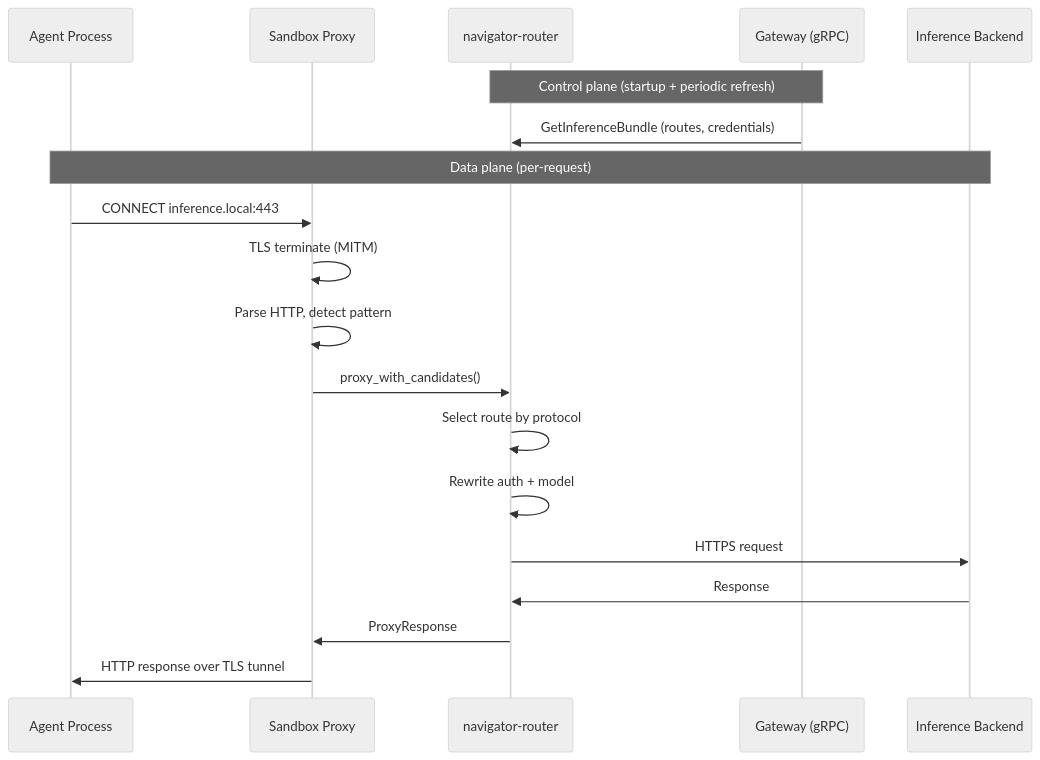
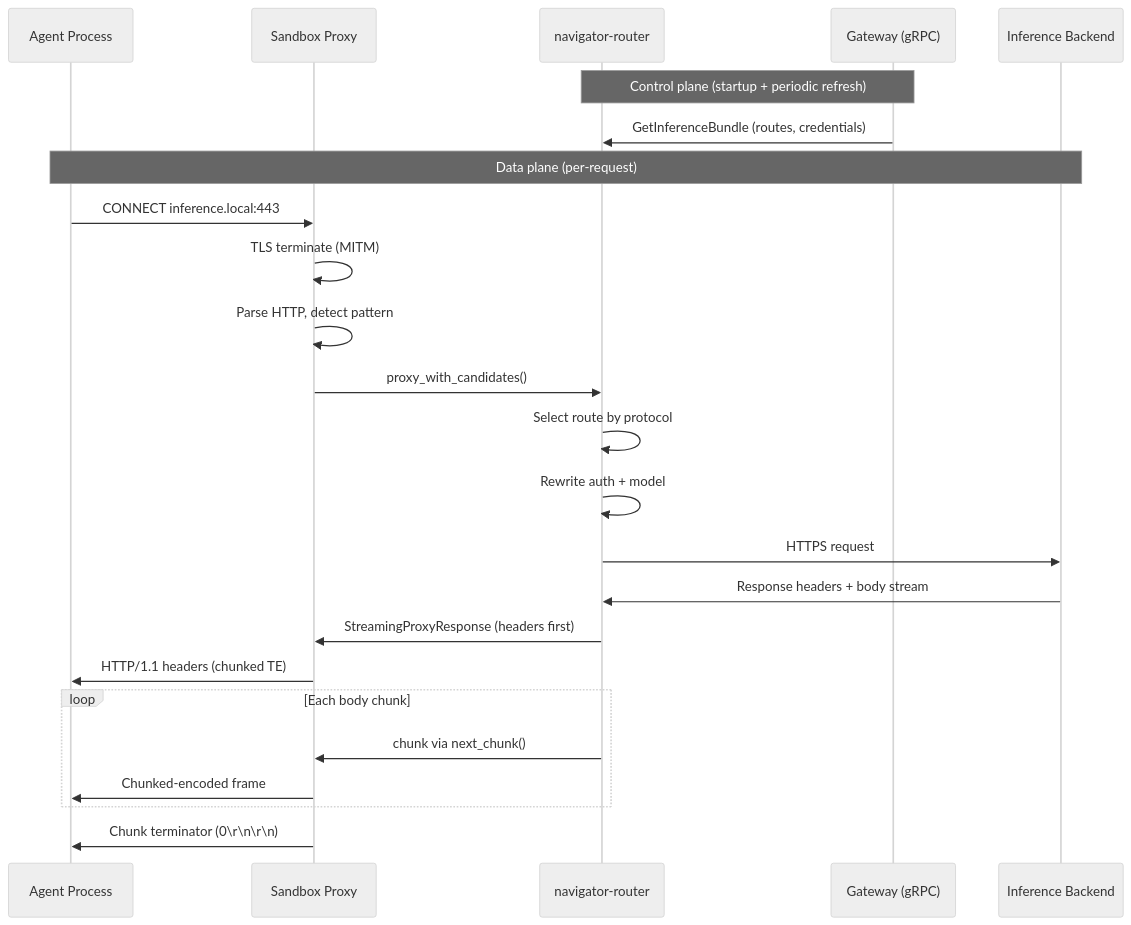
One commit to NVIDIA/OpenShell changed the diagram in architecture/inference-routing.md. Above: the diagram before and after it, drawn with Mermaid (neutral theme). The commit also changed other lines of this file and 2 other files, not shown here.

Commit message:
docs: update architecture docs and example for inference streaming

````diff
--- a/architecture/inference-routing.md
+++ b/architecture/inference-routing.md
@@ -9,23 +9,28 @@
 ```mermaid
 sequenceDiagram
     participant Agent as Agent Process
     participant Proxy as Sandbox Proxy
     participant Router as navigator-router
     participant Gateway as Gateway (gRPC)
     participant Backend as Inference Backend
 
     Note over Gateway,Router: Control plane (startup + periodic refresh)
     Gateway->>Router: GetInferenceBundle (routes, credentials)
 
     Note over Agent,Backend: Data plane (per-request)
     Agent->>Proxy: CONNECT inference.local:443
     Proxy->>Proxy: TLS terminate (MITM)
     Proxy->>Proxy: Parse HTTP, detect pattern
     Proxy->>Router: proxy_with_candidates()
     Router->>Router: Select route by protocol
     Router->>Router: Rewrite auth + model
     Router->>Backend: HTTPS request
-    Backend->>Router: Response
-    Router->>Proxy: ProxyResponse
-    Proxy->>Agent: HTTP response over TLS tunnel
+    Backend->>Router: Response headers + body stream
+    Router->>Proxy: StreamingProxyResponse (headers first)
+    Proxy->>Agent: HTTP/1.1 headers (chunked TE)
+    loop Each body chunk
+        Router->>Proxy: chunk via next_chunk()
+        Proxy->>Agent: Chunked-encoded frame
+    end
+    Proxy->>Agent: Chunk terminator (0\r\n\r\n)
 ```
````
